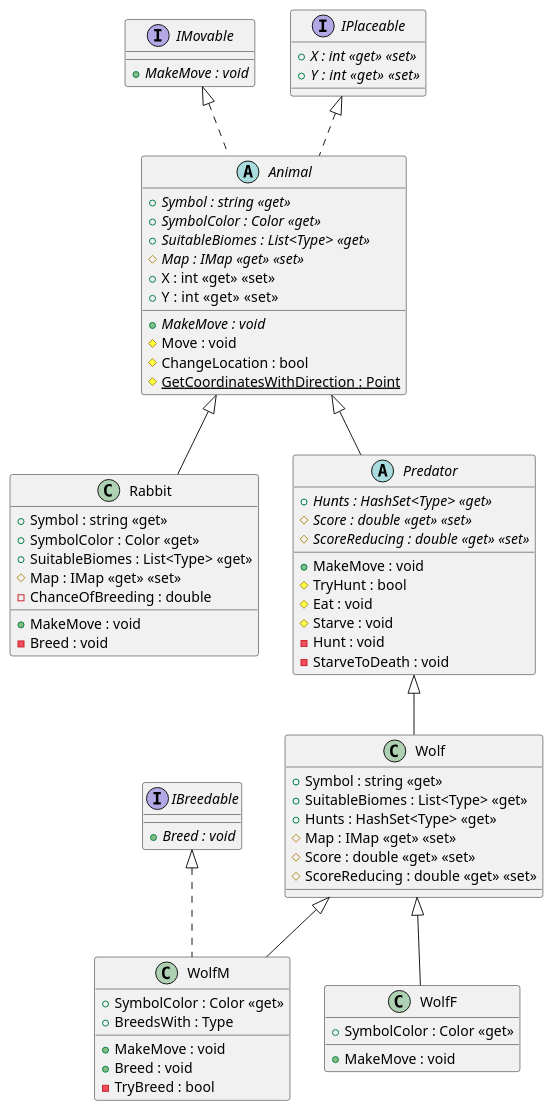
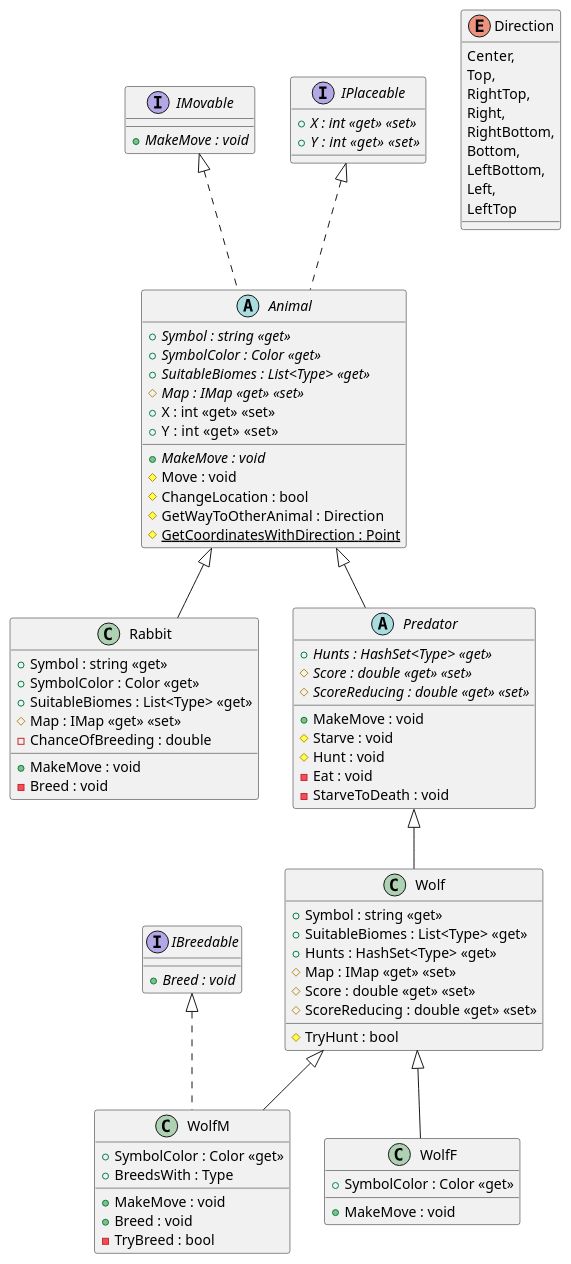
The diagram in WolfIsland/Animals.puml (vladpochuev/wolf-island), drawn with PlantUML before and after one commit. The commit also changed 5 other files, not shown here.

```diff
--- a/WolfIsland/Animals.puml
+++ b/WolfIsland/Animals.puml
@@ -1,100 +1,114 @@
 @startuml
 'https://plantuml.com/class-diagram
 
 interface IMovable
 interface IPlaceable
 interface IBreedable
 abstract class Animal
 class Rabbit
 abstract class Predator
 abstract class Wolf
 class WolfM
 class WolfF
 
 IMovable <|.. Animal
 IPlaceable <|.. Animal
 IBreedable <|.. WolfM
 
 Animal <|-- Rabbit
 Animal <|-- Predator
 Predator <|-- Wolf
 Wolf <|-- WolfM
 Wolf <|-- WolfF
 
 interface IMovable {
     + {method} {abstract} MakeMove : void
 }
 
 interface IPlaceable {
     + {abstract} X : int <<get>> <<set>>
     + {abstract} Y :  int <<get>> <<set>>
 }
 
 abstract class Animal {
     + {abstract} Symbol : string <<get>>
     + {abstract} SymbolColor : Color <<get>>
     + {abstract} SuitableBiomes : List<Type> <<get>>
     # {abstract} Map : IMap <<get>> <<set>>
     + X : int <<get>> <<set>>
     + Y :  int <<get>> <<set>>
 
     + {method} {abstract} MakeMove : void
     # {method} Move : void
     # {method} ChangeLocation : bool
+    # {method} GetWayToOtherAnimal : Direction
     # {method} {static} GetCoordinatesWithDirection : Point
+}
+
+enum Direction {
+    Center,
+    Top,
+    RightTop,
+    Right,
+    RightBottom,
+    Bottom,
+    LeftBottom,
+    Left,
+    LeftTop
 }
 
 class Rabbit {
     + Symbol : string <<get>>
     + SymbolColor : Color <<get>>
     + SuitableBiomes : List<Type> <<get>>
     # Map : IMap <<get>> <<set>>
     - ChanceOfBreeding : double
 
     + {method} MakeMove : void
     - {method} Breed : void
 }
 
 
 abstract class Predator {
     + {abstract} Hunts : HashSet<Type> <<get>>
     # {abstract} Score : double <<get>> <<set>>
     # {abstract} ScoreReducing : double <<get>> <<set>>
 
     + {method} MakeMove : void
-    # {method} TryHunt : bool
-    # {method} Eat : void
     # {method} Starve : void
-    - {method} Hunt : void
+    # {method} Hunt : void
+    - {method} Eat : void
     - {method} StarveToDeath : void
 }
 
 class Wolf {
     + Symbol : string <<get>>
     + SuitableBiomes : List<Type> <<get>>
     + Hunts : HashSet<Type> <<get>>
     # Map : IMap <<get>> <<set>>
     # Score : double <<get>> <<set>>
     # ScoreReducing : double <<get>> <<set>>
+
+    # {method} TryHunt : bool
 }
 
 interface IBreedable {
     + {method} {abstract} Breed : void
 }
 
 class WolfM {
     + SymbolColor : Color <<get>>
     + BreedsWith : Type
 
     + {method} MakeMove : void
     + {method} Breed : void
     - {method} TryBreed : bool
 }
 
 class WolfF {
     + SymbolColor : Color <<get>>
 
     + {method} MakeMove : void
 }
 
 @enduml
```
